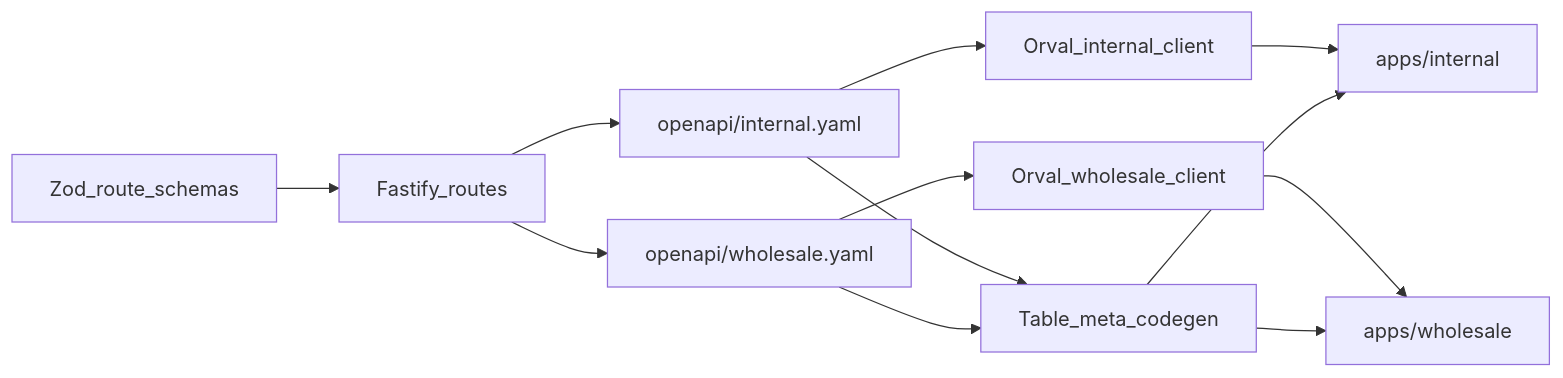
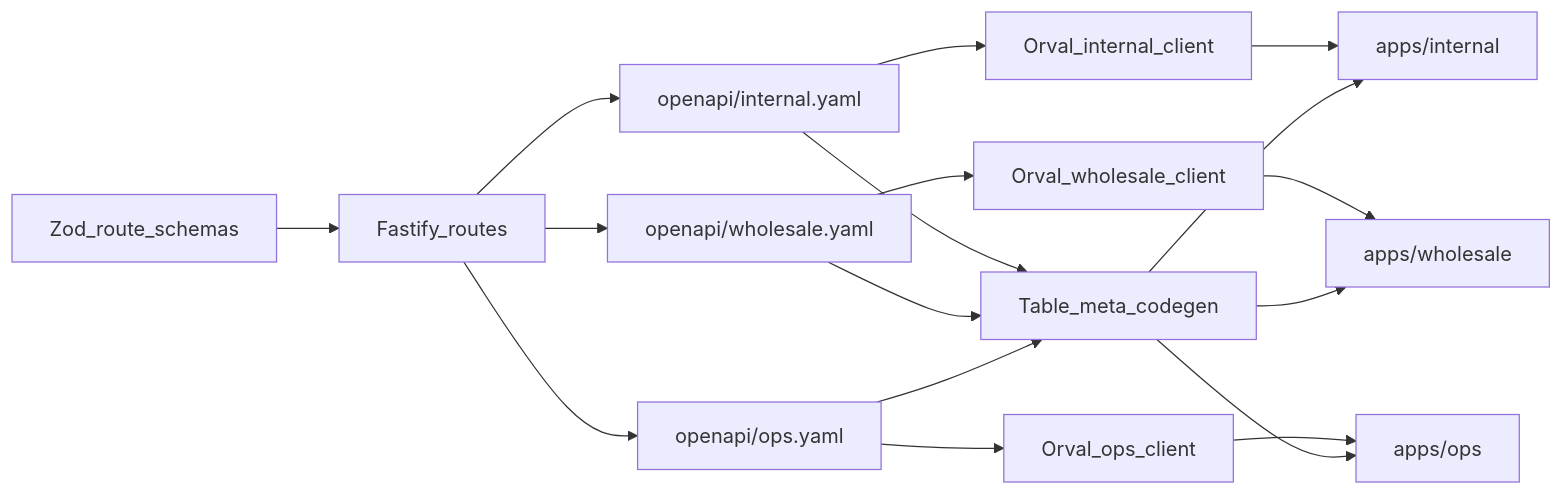
One commit to adamhinckley/dc-inventory changed the diagram in docs/api-contract.md. Above: the diagram before and after it, drawn with Mermaid. The commit also changed other lines of this file and 8 other files, not shown here.

````diff
--- a/docs/api-contract.md
+++ b/docs/api-contract.md
@@ -13,24 +13,32 @@
 ```mermaid
 flowchart LR
   Zod[Zod_route_schemas]
   Fastify[Fastify_routes]
   SpecInt[openapi/internal.yaml]
   SpecWh[openapi/wholesale.yaml]
+  SpecOps[openapi/ops.yaml]
   OrvalInt[Orval_internal_client]
   OrvalWh[Orval_wholesale_client]
+  OrvalOps[Orval_ops_client]
   Meta[Table_meta_codegen]
   InternalApp[apps/internal]
   WholesaleApp[apps/wholesale]
+  OpsApp[apps/ops]
 
   Zod --> Fastify
   Fastify --> SpecInt
   Fastify --> SpecWh
+  Fastify --> SpecOps
   SpecInt --> OrvalInt
   SpecWh --> OrvalWh
+  SpecOps --> OrvalOps
   SpecInt --> Meta
   SpecWh --> Meta
+  SpecOps --> Meta
   OrvalInt --> InternalApp
   OrvalWh --> WholesaleApp
+  OrvalOps --> OpsApp
   Meta --> InternalApp
   Meta --> WholesaleApp
+  Meta --> OpsApp
 ```
````
